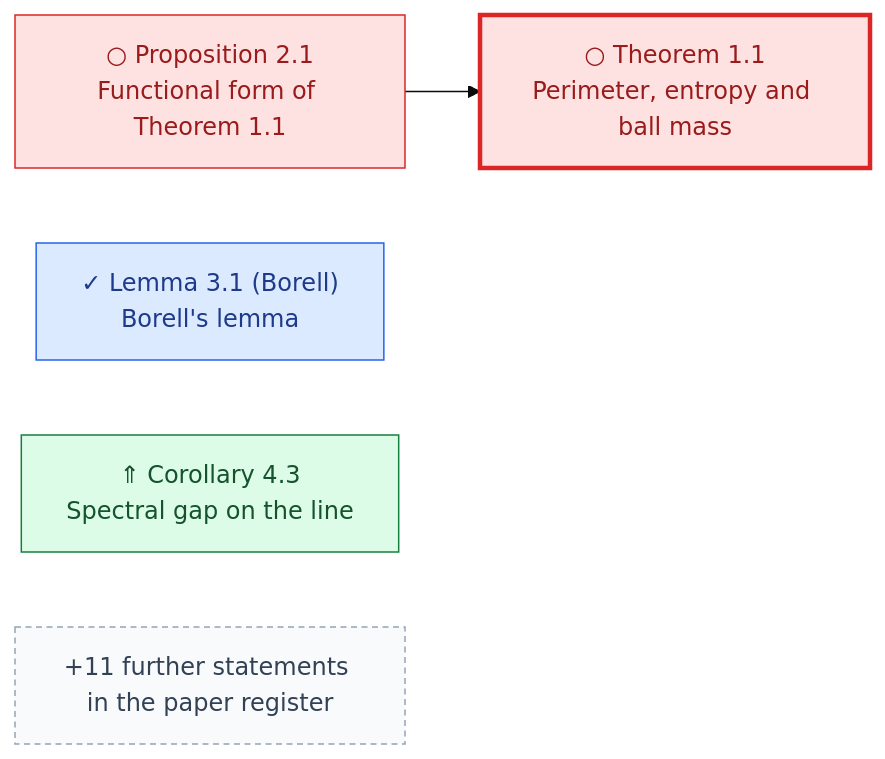
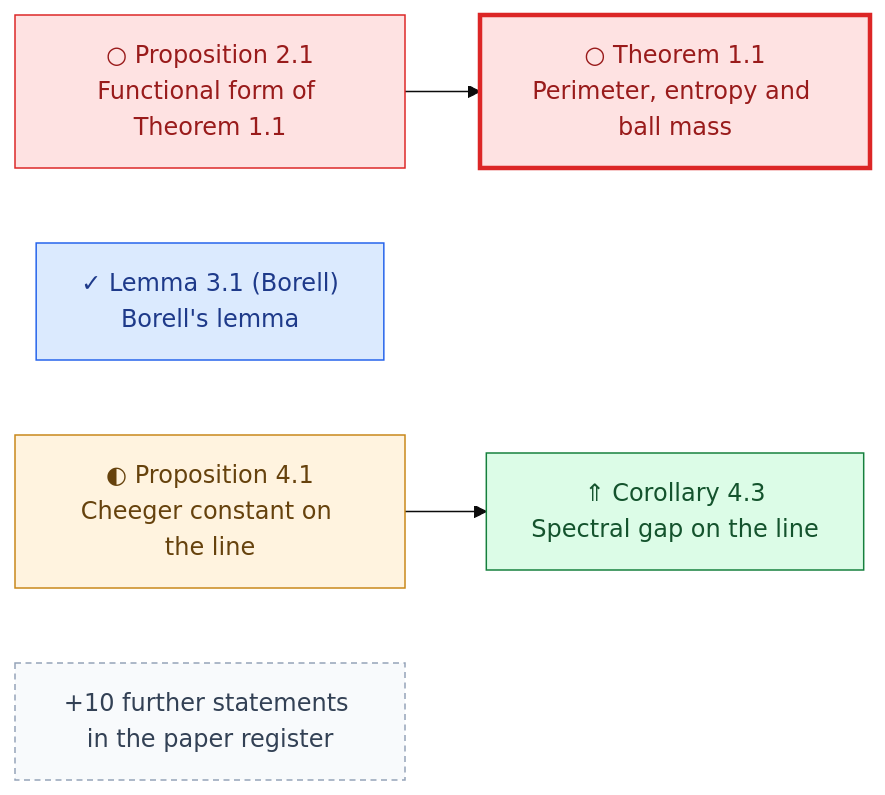
The second of 24 diagrams in research/progress/README.md (human-ai-mathematics/kls-lean), drawn with Mermaid (base theme) before and after one commit. The commit also changed other lines of this file and 10 other files, not shown here.

First line of the commit message:
Formalize part of Bobkov's Proposition 4.1: Is = 2f(m) and 1/(3 Var) ≤ Is²

````diff
--- a/research/progress/README.md
+++ b/research/progress/README.md
@@ -82,18 +82,22 @@
 ```mermaid
 flowchart LR
     Bobkov1999_T11["○ Theorem 1.1<br/>Perimeter, entropy and ball mass"]
     Bobkov1999_P21["○ Proposition 2.1<br/>Functional form of Theorem 1.1"]
     Bobkov1999_L31["✓ Lemma 3.1 (Borell)<br/>Borell's lemma"]
+    Bobkov1999_P41["◐ Proposition 4.1<br/>Cheeger constant on the line"]
     Bobkov1999_C43["⇑ Corollary 4.3<br/>Spectral gap on the line"]
     Bobkov1999_P21 --> Bobkov1999_T11
-    Bobkov1999_more["+11 further statements in the paper register"]
+    Bobkov1999_P41 --> Bobkov1999_C43
+    Bobkov1999_more["+10 further statements in the paper register"]
     classDef lemma_formalized fill:#dbeafe,stroke:#2563eb,color:#1e3a8a;
     class Bobkov1999_L31 lemma_formalized;
+    classDef lemma_partial fill:#fff3df,stroke:#c88719,color:#66420d;
+    class Bobkov1999_P41 lemma_partial;
     classDef lemma_pending fill:#fee2e2,stroke:#dc2626,color:#991b1b;
     class Bobkov1999_T11,Bobkov1999_P21 lemma_pending;
     classDef lemma_improved fill:#dcfce7,stroke:#15803d,color:#14532d;
     class Bobkov1999_C43 lemma_improved;
     style Bobkov1999_T11 stroke-width:3px
     classDef lemma_more fill:#f8fafc,stroke:#94a3b8,color:#334155,stroke-dasharray:4 3;
     class Bobkov1999_more lemma_more;
 ```
````
